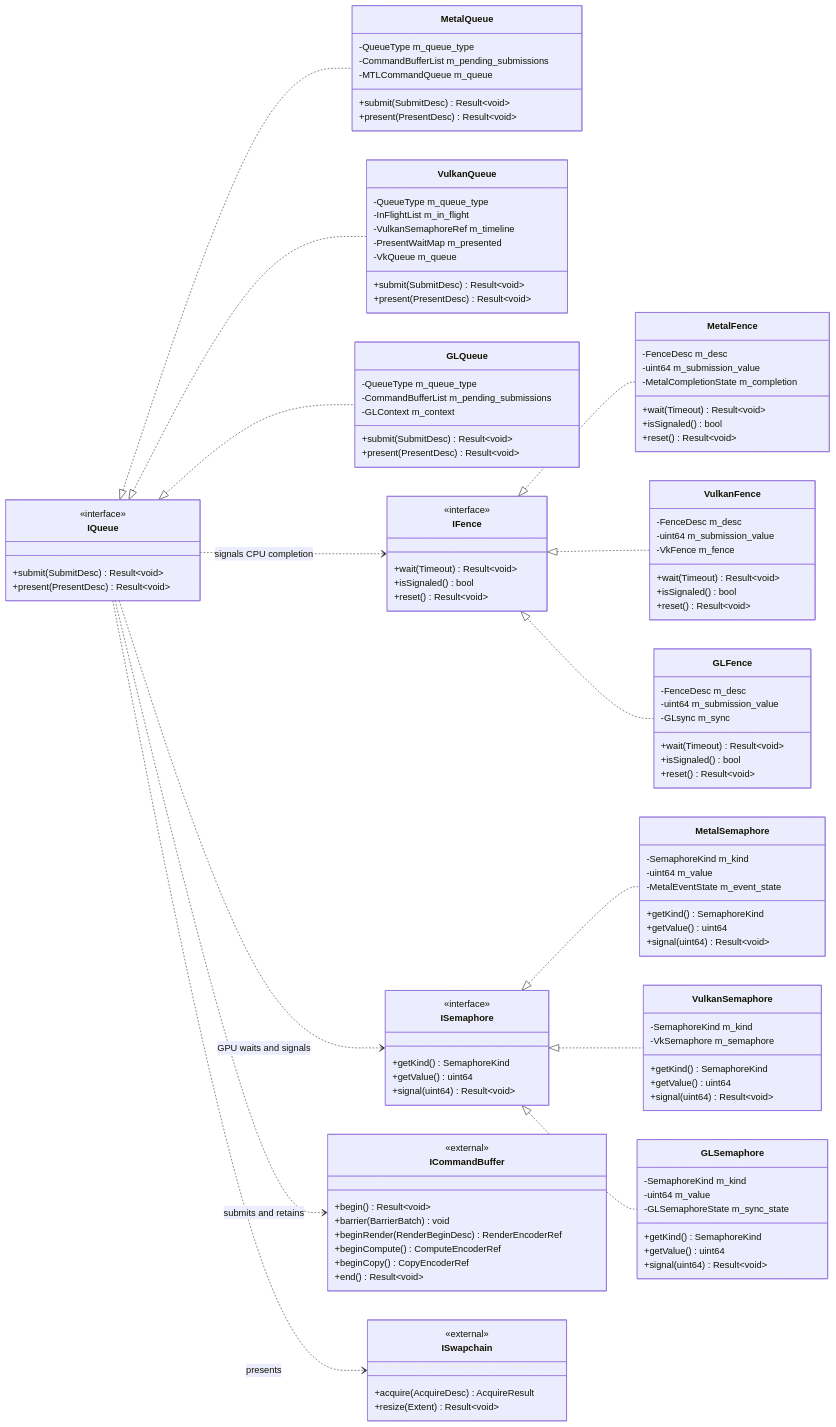
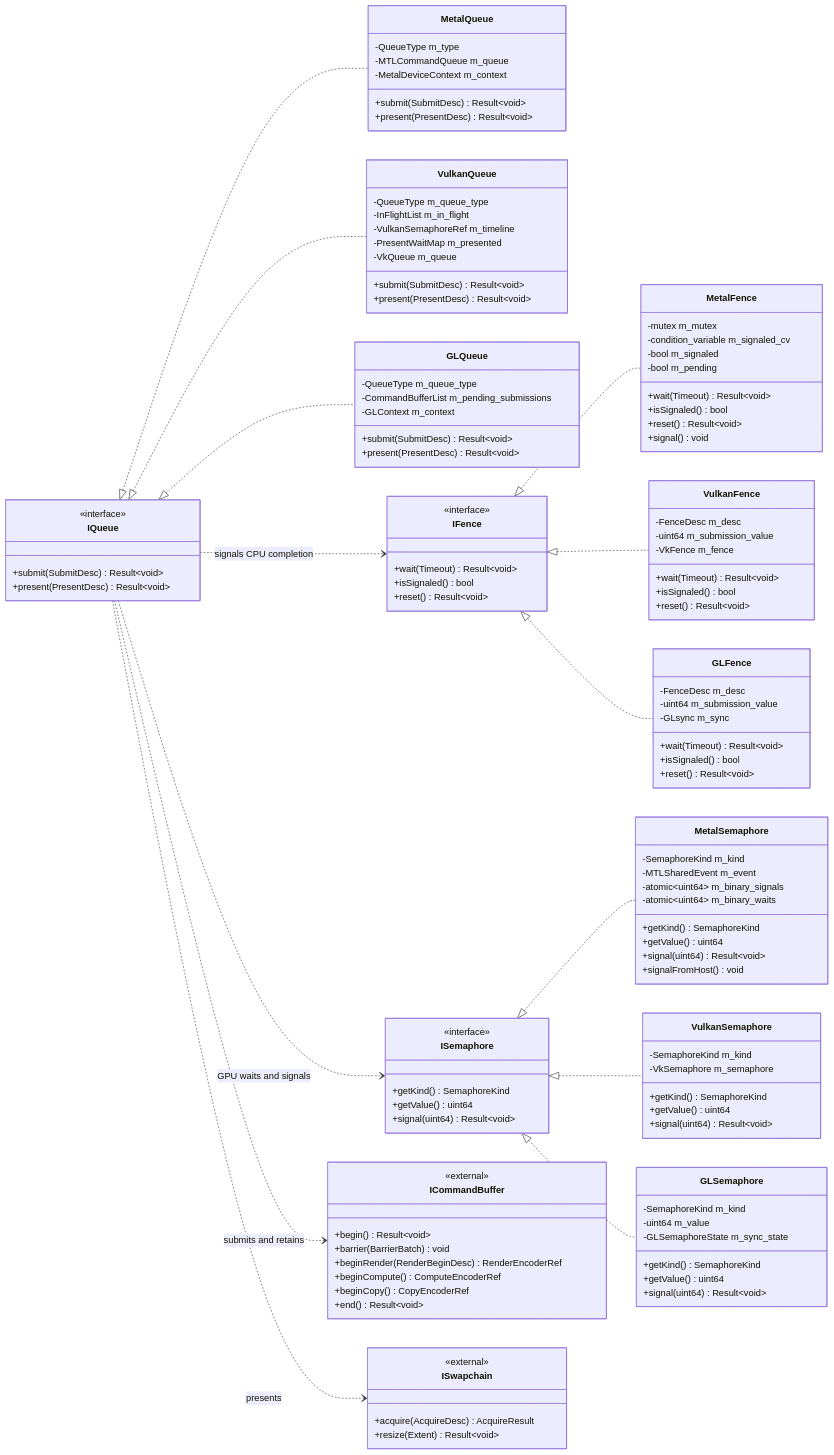
The diagram in docs/diagrams/RHI_SUBMISSION_SYNC.mmd (oyanymous/mango), drawn with Mermaid before and after one commit. The commit also changed 14 other files, not shown here.

```diff
--- a/docs/diagrams/RHI_SUBMISSION_SYNC.mmd
+++ b/docs/diagrams/RHI_SUBMISSION_SYNC.mmd
@@ -1,120 +1,124 @@
 classDiagram
     direction LR
     %% Proposed design, not source-verified. Native type names are conceptual.
     %% Interfaces declare behavior; concrete backend classes hold implementation state.
     %% Queue submission and synchronization
     %% External references mirror the public APIs in their owning RHI files.
     class IQueue {
         <<interface>>
         +submit(SubmitDesc) Result~void~
         +present(PresentDesc) Result~void~
     }
     class MetalQueue {
-        -QueueType m_queue_type
-        -CommandBufferList m_pending_submissions
+        -QueueType m_type
         -MTLCommandQueue m_queue
+        -MetalDeviceContext m_context
         +submit(SubmitDesc) Result~void~
         +present(PresentDesc) Result~void~
     }
     class VulkanQueue {
         -QueueType m_queue_type
         -InFlightList m_in_flight
         -VulkanSemaphoreRef m_timeline
         -PresentWaitMap m_presented
         -VkQueue m_queue
         +submit(SubmitDesc) Result~void~
         +present(PresentDesc) Result~void~
     }
     class GLQueue {
         -QueueType m_queue_type
         -CommandBufferList m_pending_submissions
         -GLContext m_context
         +submit(SubmitDesc) Result~void~
         +present(PresentDesc) Result~void~
     }
     class IFence {
         <<interface>>
         +wait(Timeout) Result~void~
         +isSignaled() bool
         +reset() Result~void~
     }
     class MetalFence {
-        -FenceDesc m_desc
-        -uint64 m_submission_value
-        -MetalCompletionState m_completion
+        -mutex m_mutex
+        -condition_variable m_signaled_cv
+        -bool m_signaled
+        -bool m_pending
         +wait(Timeout) Result~void~
         +isSignaled() bool
         +reset() Result~void~
+        +signal() void
     }
     class VulkanFence {
         -FenceDesc m_desc
         -uint64 m_submission_value
         -VkFence m_fence
         +wait(Timeout) Result~void~
         +isSignaled() bool
         +reset() Result~void~
     }
     class GLFence {
         -FenceDesc m_desc
         -uint64 m_submission_value
         -GLsync m_sync
         +wait(Timeout) Result~void~
         +isSignaled() bool
         +reset() Result~void~
     }
     class ISemaphore {
         <<interface>>
         +getKind() SemaphoreKind
         +getValue() uint64
         +signal(uint64) Result~void~
     }
     class MetalSemaphore {
         -SemaphoreKind m_kind
-        -uint64 m_value
-        -MetalEventState m_event_state
+        -MTLSharedEvent m_event
+        -atomic~uint64~ m_binary_signals
+        -atomic~uint64~ m_binary_waits
         +getKind() SemaphoreKind
         +getValue() uint64
         +signal(uint64) Result~void~
+        +signalFromHost() void
     }
     class VulkanSemaphore {
         -SemaphoreKind m_kind
         -VkSemaphore m_semaphore
         +getKind() SemaphoreKind
         +getValue() uint64
         +signal(uint64) Result~void~
     }
     class GLSemaphore {
         -SemaphoreKind m_kind
         -uint64 m_value
         -GLSemaphoreState m_sync_state
         +getKind() SemaphoreKind
         +getValue() uint64
         +signal(uint64) Result~void~
     }
     class ICommandBuffer {
         <<external>>
         +begin() Result~void~
         +barrier(BarrierBatch) void
         +beginRender(RenderBeginDesc) RenderEncoderRef
         +beginCompute() ComputeEncoderRef
         +beginCopy() CopyEncoderRef
         +end() Result~void~
     }
     class ISwapchain {
         <<external>>
         +acquire(AcquireDesc) AcquireResult
         +resize(Extent) Result~void~
     }
     IQueue <|.. MetalQueue
     IQueue <|.. VulkanQueue
     IQueue <|.. GLQueue
     IFence <|.. MetalFence
     IFence <|.. VulkanFence
     IFence <|.. GLFence
     ISemaphore <|.. MetalSemaphore
     ISemaphore <|.. VulkanSemaphore
     ISemaphore <|.. GLSemaphore
     IQueue ..> ICommandBuffer : submits and retains
     IQueue ..> IFence : signals CPU completion
     IQueue ..> ISemaphore : GPU waits and signals
     IQueue ..> ISwapchain : presents
```
